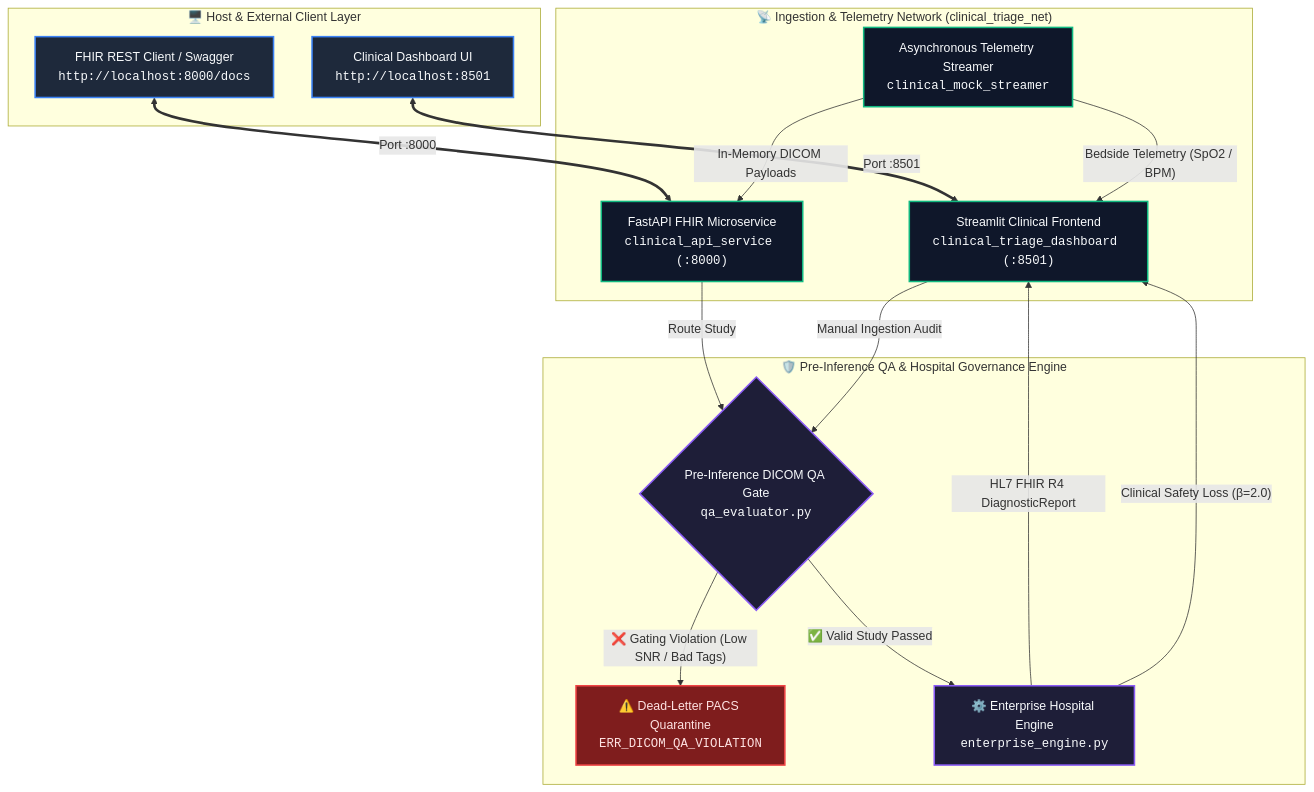
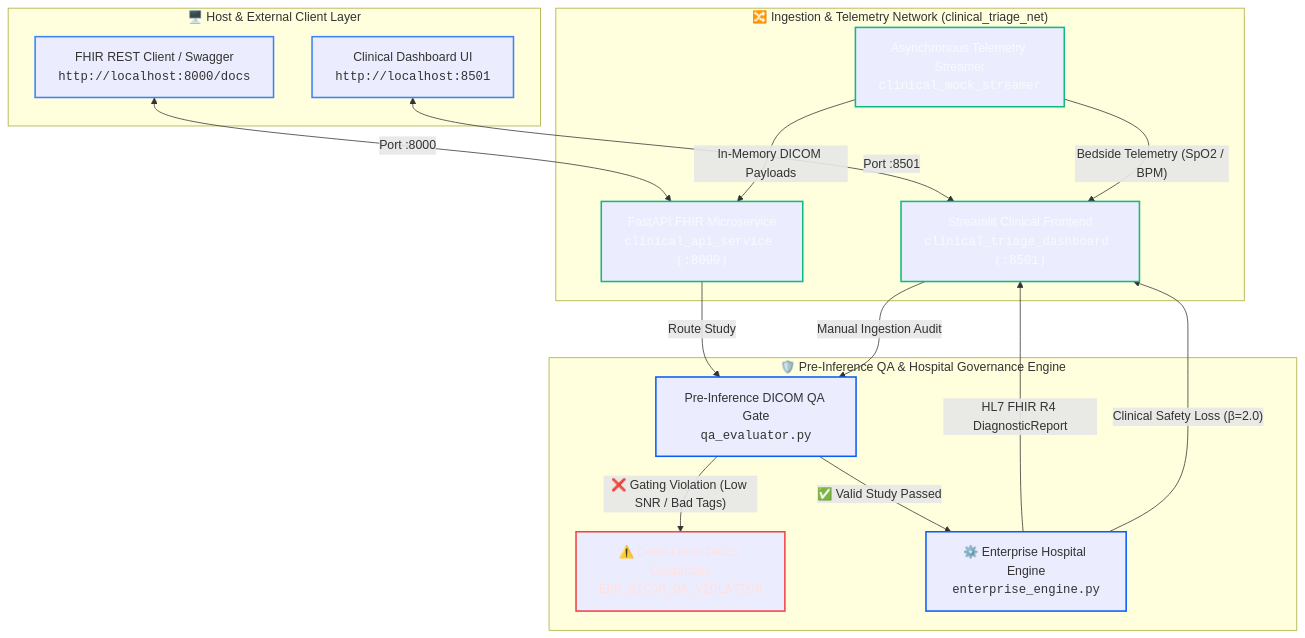
Before and after one commit to dammyoguntuyi-ui/Clinical-AI-Triage-Pipeline: the diagram in README.md, drawn with Mermaid. The commit also changed other lines of this file, not shown here.

Commit message:
docs: update README with multi-tier filtering, attending review workflow, and architecture documentation

````diff
--- a/README.md
+++ b/README.md
@@ -32,45 +34,45 @@
 ```mermaid
 flowchart TD
     subgraph ClientLayer["🖥️ Host & External Client Layer"]
         BrowserUI["Clinical Dashboard UI<br/><code>http://localhost:8501</code>"]
         APIClient["FHIR REST Client / Swagger<br/><code>http://localhost:8000/docs</code>"]
     end
 
-    subgraph IngestionLayer["📡 Ingestion & Telemetry Network (clinical_triage_net)"]
+    subgraph IngestionLayer["🔀 Ingestion & Telemetry Network (clinical_triage_net)"]
         Streamer["Asynchronous Telemetry Streamer<br/><code>clinical_mock_streamer</code>"]
         APIService["FastAPI FHIR Microservice<br/><code>clinical_api_service (:8000)</code>"]
         Dashboard["Streamlit Clinical Frontend<br/><code>clinical_triage_dashboard (:8501)</code>"]
     end
 
     subgraph GovernanceLayer["🛡️ Pre-Inference QA & Hospital Governance Engine"]
-        QAGate{"Pre-Inference DICOM QA Gate<br/><code>qa_evaluator.py</code>"}
+        QAGate["Pre-Inference DICOM QA Gate<br/><code>qa_evaluator.py</code>"]
         Quarantine["⚠️ Dead-Letter PACS Quarantine<br/><code>ERR_DICOM_QA_VIOLATION</code>"]
         Engine["⚙️ Enterprise Hospital Engine<br/><code>enterprise_engine.py</code>"]
     end
 
-    BrowserUI <==>|"Port :8501"| Dashboard
-    APIClient <==>|"Port :8000"| APIService
+    BrowserUI <-->|"Port :8501"| Dashboard
+    APIClient <-->|"Port :8000"| APIService
 
     Streamer -->|"Bedside Telemetry (SpO2 / BPM)"| Dashboard
     Streamer -->|"In-Memory DICOM Payloads"| APIService
-    
+
     APIService -->|"Route Study"| QAGate
     Dashboard -->|"Manual Ingestion Audit"| QAGate
 
     QAGate -->|"❌ Gating Violation (Low SNR / Bad Tags)"| Quarantine
     QAGate -->|"✅ Valid Study Passed"| Engine
 
     Engine -->|"HL7 FHIR R4 DiagnosticReport"| Dashboard
     Engine -->|"Clinical Safety Loss (β=2.0)"| Dashboard
 
-    classDef client fill:#1e293b,stroke:#3b82f6,stroke-width:2px,color:#f8fafc;
-    classDef network fill:#0f172a,stroke:#10b981,stroke-width:2px,color:#f8fafc;
-    classDef governance fill:#1e1e38,stroke:#8b5cf6,stroke-width:2px,color:#f8fafc;
-    classDef danger fill:#7f1d1d,stroke:#ef4444,stroke-width:2px,color:#fee2e2;
-    classDef success fill:#064e3b,stroke:#10b981,stroke-width:2px,color:#d1fae5;
+    classDef client fill:#01e293b,stroke:#3b82f6,stroke-width:2px,color:#0f0faff;
+    classDef network fill:#00f172a,stroke:#10b981,stroke-width:2px,color:#f8fafc;
+    classDef governance fill:#01e1e38,stroke:#0b5cf6,stroke-width:2px,color:#0f8fafc;
+    classDef danger fill:#07f1d1d,stroke:#ef4444,stroke-width:2px,color:#fee2e2;
+    classDef success fill:#0064e3b,stroke:#10b981,stroke-width:2px,color:#d1fae5;
 
     class BrowserUI,APIClient client;
     class Streamer,APIService,Dashboard network;
     class Engine,QAGate governance;
     class Quarantine danger;
 ```
````
